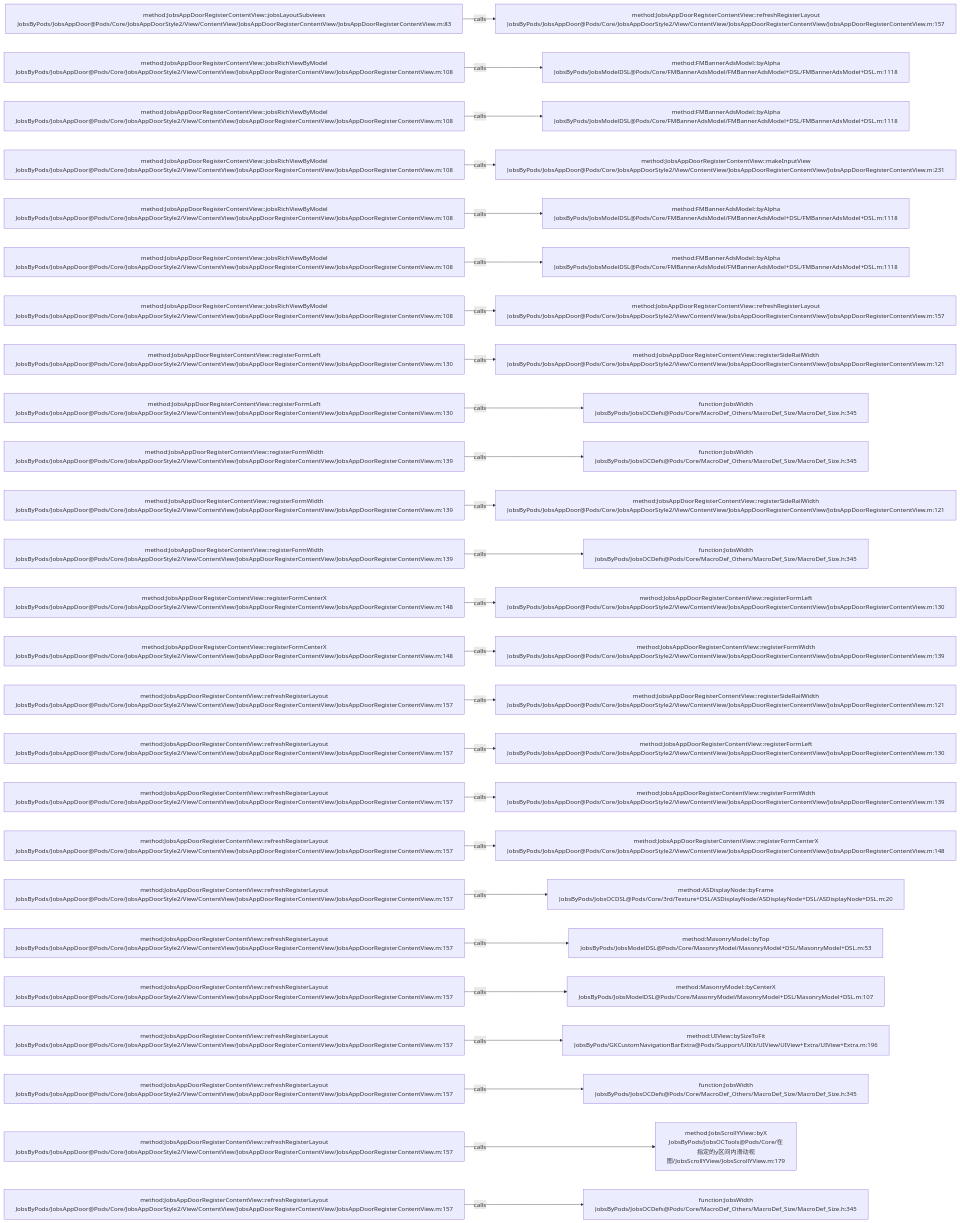
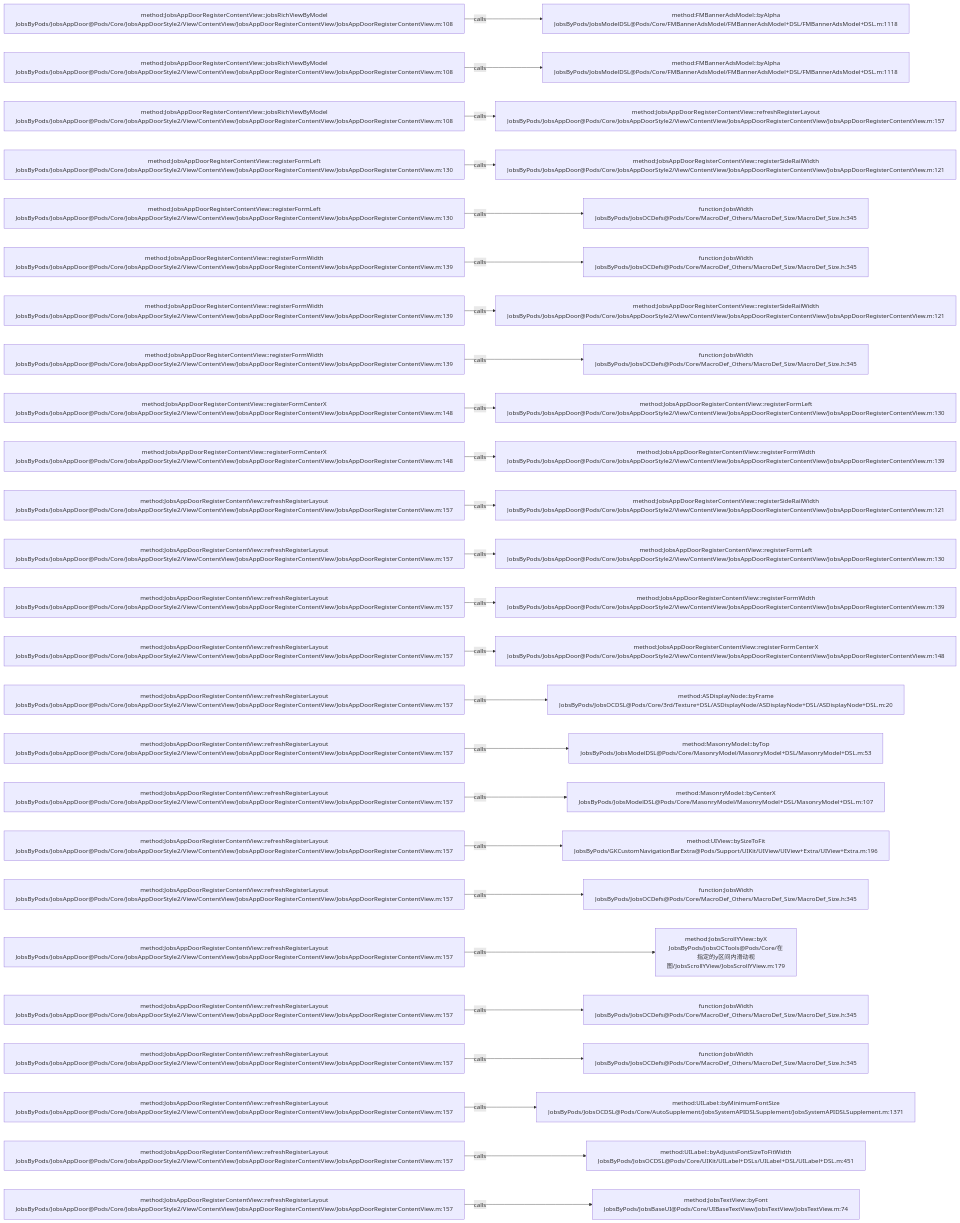
Before and after one commit to JobsKits/JobsOCBaseConfigDemo: the diagram in .codegraph/codegraph.md/graphs/calls-126.md, drawn with Mermaid. The commit also changed 116 other files, not shown here.

````diff
--- a/.codegraph/codegraph.md/graphs/calls-126.md
+++ b/.codegraph/codegraph.md/graphs/calls-126.md
@@ -13,78 +13,78 @@
 ```mermaid
 flowchart LR
-  S1["method:JobsAppDoorRegisterContentView::jobsLayoutSubviews<br/>JobsByPods/JobsAppDoor@Pods/Core/JobsAppDoorStyle2/View/ContentView/JobsAppDoorRegisterContentView/JobsAppDoorRegisterContentView.m:83"]
-  T1["method:JobsAppDoorRegisterContentView::refreshRegisterLayout<br/>JobsByPods/JobsAppDoor@Pods/Core/JobsAppDoorStyle2/View/ContentView/JobsAppDoorRegisterContentView/JobsAppDoorRegisterContentView.m:157"]
+  S1["method:JobsAppDoorRegisterContentView::jobsRichViewByModel<br/>JobsByPods/JobsAppDoor@Pods/Core/JobsAppDoorStyle2/View/ContentView/JobsAppDoorRegisterContentView/JobsAppDoorRegisterContentView.m:108"]
+  T1["method:FMBannerAdsModel::byAlpha<br/>JobsByPods/JobsModelDSL@Pods/Core/FMBannerAdsModel/FMBannerAdsModel+DSL/FMBannerAdsModel+DSL.m:1118"]
   S1 -->|calls| T1
   S2["method:JobsAppDoorRegisterContentView::jobsRichViewByModel<br/>JobsByPods/JobsAppDoor@Pods/Core/JobsAppDoorStyle2/View/ContentView/JobsAppDoorRegisterContentView/JobsAppDoorRegisterContentView.m:108"]
   T2["method:FMBannerAdsModel::byAlpha<br/>JobsByPods/JobsModelDSL@Pods/Core/FMBannerAdsModel/FMBannerAdsModel+DSL/FMBannerAdsModel+DSL.m:1118"]
   S2 -->|calls| T2
   S3["method:JobsAppDoorRegisterContentView::jobsRichViewByModel<br/>JobsByPods/JobsAppDoor@Pods/Core/JobsAppDoorStyle2/View/ContentView/JobsAppDoorRegisterContentView/JobsAppDoorRegisterContentView.m:108"]
-  T3["method:FMBannerAdsModel::byAlpha<br/>JobsByPods/JobsModelDSL@Pods/Core/FMBannerAdsModel/FMBannerAdsModel+DSL/FMBannerAdsModel+DSL.m:1118"]
+  T3["method:JobsAppDoorRegisterContentView::refreshRegisterLayout<br/>JobsByPods/JobsAppDoor@Pods/Core/JobsAppDoorStyle2/View/ContentView/JobsAppDoorRegisterContentView/JobsAppDoorRegisterContentView.m:157"]
   S3 -->|calls| T3
-  S4["method:JobsAppDoorRegisterContentView::jobsRichViewByModel<br/>JobsByPods/JobsAppDoor@Pods/Core/JobsAppDoorStyle2/View/ContentView/JobsAppDoorRegisterContentView/JobsAppDoorRegisterContentView.m:108"]
-  T4["method:JobsAppDoorRegisterContentView::makeInputView<br/>JobsByPods/JobsAppDoor@Pods/Core/JobsAppDoorStyle2/View/ContentView/JobsAppDoorRegisterContentView/JobsAppDoorRegisterContentView.m:231"]
+  S4["method:JobsAppDoorRegisterContentView::registerFormLeft<br/>JobsByPods/JobsAppDoor@Pods/Core/JobsAppDoorStyle2/View/ContentView/JobsAppDoorRegisterContentView/JobsAppDoorRegisterContentView.m:130"]
+  T4["method:JobsAppDoorRegisterContentView::registerSideRailWidth<br/>JobsByPods/JobsAppDoor@Pods/Core/JobsAppDoorStyle2/View/ContentView/JobsAppDoorRegisterContentView/JobsAppDoorRegisterContentView.m:121"]
   S4 -->|calls| T4
-  S5["method:JobsAppDoorRegisterContentView::jobsRichViewByModel<br/>JobsByPods/JobsAppDoor@Pods/Core/JobsAppDoorStyle2/View/ContentView/JobsAppDoorRegisterContentView/JobsAppDoorRegisterContentView.m:108"]
-  T5["method:FMBannerAdsModel::byAlpha<br/>JobsByPods/JobsModelDSL@Pods/Core/FMBannerAdsModel/FMBannerAdsModel+DSL/FMBannerAdsModel+DSL.m:1118"]
+  S5["method:JobsAppDoorRegisterContentView::registerFormLeft<br/>JobsByPods/JobsAppDoor@Pods/Core/JobsAppDoorStyle2/View/ContentView/JobsAppDoorRegisterContentView/JobsAppDoorRegisterContentView.m:130"]
+  T5["function:JobsWidth<br/>JobsByPods/JobsOCDefs@Pods/Core/MacroDef_Others/MacroDef_Size/MacroDef_Size.h:345"]
   S5 -->|calls| T5
-  S6["method:JobsAppDoorRegisterContentView::jobsRichViewByModel<br/>JobsByPods/JobsAppDoor@Pods/Core/JobsAppDoorStyle2/View/ContentView/JobsAppDoorRegisterContentView/JobsAppDoorRegisterContentView.m:108"]
-  T6["method:FMBannerAdsModel::byAlpha<br/>JobsByPods/JobsModelDSL@Pods/Core/FMBannerAdsModel/FMBannerAdsModel+DSL/FMBannerAdsModel+DSL.m:1118"]
+  S6["method:JobsAppDoorRegisterContentView::registerFormWidth<br/>JobsByPods/JobsAppDoor@Pods/Core/JobsAppDoorStyle2/View/ContentView/JobsAppDoorRegisterContentView/JobsAppDoorRegisterContentView.m:139"]
+  T6["function:JobsWidth<br/>JobsByPods/JobsOCDefs@Pods/Core/MacroDef_Others/MacroDef_Size/MacroDef_Size.h:345"]
   S6 -->|calls| T6
-  S7["method:JobsAppDoorRegisterContentView::jobsRichViewByModel<br/>JobsByPods/JobsAppDoor@Pods/Core/JobsAppDoorStyle2/View/ContentView/JobsAppDoorRegisterContentView/JobsAppDoorRegisterContentView.m:108"]
-  T7["method:JobsAppDoorRegisterContentView::refreshRegisterLayout<br/>JobsByPods/JobsAppDoor@Pods/Core/JobsAppDoorStyle2/View/ContentView/JobsAppDoorRegisterContentView/JobsAppDoorRegisterContentView.m:157"]
+  S7["method:JobsAppDoorRegisterContentView::registerFormWidth<br/>JobsByPods/JobsAppDoor@Pods/Core/JobsAppDoorStyle2/View/ContentView/JobsAppDoorRegisterContentView/JobsAppDoorRegisterContentView.m:139"]
+  T7["method:JobsAppDoorRegisterContentView::registerSideRailWidth<br/>JobsByPods/JobsAppDoor@Pods/Core/JobsAppDoorStyle2/View/ContentView/JobsAppDoorRegisterContentView/JobsAppDoorRegisterContentView.m:121"]
   S7 -->|calls| T7
-  S8["method:JobsAppDoorRegisterContentView::registerFormLeft<br/>JobsByPods/JobsAppDoor@Pods/Core/JobsAppDoorStyle2/View/ContentView/JobsAppDoorRegisterContentView/JobsAppDoorRegisterContentView.m:130"]
-  T8["method:JobsAppDoorRegisterContentView::registerSideRailWidth<br/>JobsByPods/JobsAppDoor@Pods/Core/JobsAppDoorStyle2/View/ContentView/JobsAppDoorRegisterContentView/JobsAppDoorRegisterContentView.m:121"]
+  S8["method:JobsAppDoorRegisterContentView::registerFormWidth<br/>JobsByPods/JobsAppDoor@Pods/Core/JobsAppDoorStyle2/View/ContentView/JobsAppDoorRegisterContentView/JobsAppDoorRegisterContentView.m:139"]
+  T8["function:JobsWidth<br/>JobsByPods/JobsOCDefs@Pods/Core/MacroDef_Others/MacroDef_Size/MacroDef_Size.h:345"]
   S8 -->|calls| T8
-  S9["method:JobsAppDoorRegisterContentView::registerFormLeft<br/>JobsByPods/JobsAppDoor@Pods/Core/JobsAppDoorStyle2/View/ContentView/JobsAppDoorRegisterContentView/JobsAppDoorRegisterContentView.m:130"]
-  T9["function:JobsWidth<br/>JobsByPods/JobsOCDefs@Pods/Core/MacroDef_Others/MacroDef_Size/MacroDef_Size.h:345"]
+  S9["method:JobsAppDoorRegisterContentView::registerFormCenterX<br/>JobsByPods/JobsAppDoor@Pods/Core/JobsAppDoorStyle2/View/ContentView/JobsAppDoorRegisterContentView/JobsAppDoorRegisterContentView.m:148"]
+  T9["method:JobsAppDoorRegisterContentView::registerFormLeft<br/>JobsByPods/JobsAppDoor@Pods/Core/JobsAppDoorStyle2/View/ContentView/JobsAppDoorRegisterContentView/JobsAppDoorRegisterContentView.m:130"]
   S9 -->|calls| T9
-  S10["method:JobsAppDoorRegisterContentView::registerFormWidth<br/>JobsByPods/JobsAppDoor@Pods/Core/JobsAppDoorStyle2/View/ContentView/JobsAppDoorRegisterContentView/JobsAppDoorRegisterContentView.m:139"]
-  T10["function:JobsWidth<br/>JobsByPods/JobsOCDefs@Pods/Core/MacroDef_Others/MacroDef_Size/MacroDef_Size.h:345"]
+  S10["method:JobsAppDoorRegisterContentView::registerFormCenterX<br/>JobsByPods/JobsAppDoor@Pods/Core/JobsAppDoorStyle2/View/ContentView/JobsAppDoorRegisterContentView/JobsAppDoorRegisterContentView.m:148"]
+  T10["method:JobsAppDoorRegisterContentView::registerFormWidth<br/>JobsByPods/JobsAppDoor@Pods/Core/JobsAppDoorStyle2/View/ContentView/JobsAppDoorRegisterContentView/JobsAppDoorRegisterContentView.m:139"]
   S10 -->|calls| T10
-  S11["method:JobsAppDoorRegisterContentView::registerFormWidth<br/>JobsByPods/JobsAppDoor@Pods/Core/JobsAppDoorStyle2/View/ContentView/JobsAppDoorRegisterContentView/JobsAppDoorRegisterContentView.m:139"]
+  S11["method:JobsAppDoorRegisterContentView::refreshRegisterLayout<br/>JobsByPods/JobsAppDoor@Pods/Core/JobsAppDoorStyle2/View/ContentView/JobsAppDoorRegisterContentView/JobsAppDoorRegisterContentView.m:157"]
   T11["method:JobsAppDoorRegisterContentView::registerSideRailWidth<br/>JobsByPods/JobsAppDoor@Pods/Core/JobsAppDoorStyle2/View/ContentView/JobsAppDoorRegisterContentView/JobsAppDoorRegisterContentView.m:121"]
   S11 -->|calls| T11
-  S12["method:JobsAppDoorRegisterContentView::registerFormWidth<br/>JobsByPods/JobsAppDoor@Pods/Core/JobsAppDoorStyle2/View/ContentView/JobsAppDoorRegisterContentView/JobsAppDoorRegisterContentView.m:139"]
-  T12["function:JobsWidth<br/>JobsByPods/JobsOCDefs@Pods/Core/MacroDef_Others/MacroDef_Size/MacroDef_Size.h:345"]
+  S12["method:JobsAppDoorRegisterContentView::refreshRegisterLayout<br/>JobsByPods/JobsAppDoor@Pods/Core/JobsAppDoorStyle2/View/ContentView/JobsAppDoorRegisterContentView/JobsAppDoorRegisterContentView.m:157"]
+  T12["method:JobsAppDoorRegisterContentView::registerFormLeft<br/>JobsByPods/JobsAppDoor@Pods/Core/JobsAppDoorStyle2/View/ContentView/JobsAppDoorRegisterContentView/JobsAppDoorRegisterContentView.m:130"]
   S12 -->|calls| T12
-  S13["method:JobsAppDoorRegisterContentView::registerFormCenterX<br/>JobsByPods/JobsAppDoor@Pods/Core/JobsAppDoorStyle2/View/ContentView/JobsAppDoorRegisterContentView/JobsAppDoorRegisterContentView.m:148"]
-  T13["method:JobsAppDoorRegisterContentView::registerFormLeft<br/>JobsByPods/JobsAppDoor@Pods/Core/JobsAppDoorStyle2/View/ContentView/JobsAppDoorRegisterContentView/JobsAppDoorRegisterContentView.m:130"]
+  S13["method:JobsAppDoorRegisterContentView::refreshRegisterLayout<br/>JobsByPods/JobsAppDoor@Pods/Core/JobsAppDoorStyle2/View/ContentView/JobsAppDoorRegisterContentView/JobsAppDoorRegisterContentView.m:157"]
+  T13["method:JobsAppDoorRegisterContentView::registerFormWidth<br/>JobsByPods/JobsAppDoor@Pods/Core/JobsAppDoorStyle2/View/ContentView/JobsAppDoorRegisterContentView/JobsAppDoorRegisterContentView.m:139"]
   S13 -->|calls| T13
-  S14["method:JobsAppDoorRegisterContentView::registerFormCenterX<br/>JobsByPods/JobsAppDoor@Pods/Core/JobsAppDoorStyle2/View/ContentView/JobsAppDoorRegisterContentView/JobsAppDoorRegisterContentView.m:148"]
-  T14["method:JobsAppDoorRegisterContentView::registerFormWidth<br/>JobsByPods/JobsAppDoor@Pods/Core/JobsAppDoorStyle2/View/ContentView/JobsAppDoorRegisterContentView/JobsAppDoorRegisterContentView.m:139"]
+  S14["method:JobsAppDoorRegisterContentView::refreshRegisterLayout<br/>JobsByPods/JobsAppDoor@Pods/Core/JobsAppDoorStyle2/View/ContentView/JobsAppDoorRegisterContentView/JobsAppDoorRegisterContentView.m:157"]
+  T14["method:JobsAppDoorRegisterContentView::registerFormCenterX<br/>JobsByPods/JobsAppDoor@Pods/Core/JobsAppDoorStyle2/View/ContentView/JobsAppDoorRegisterContentView/JobsAppDoorRegisterContentView.m:148"]
   S14 -->|calls| T14
   S15["method:JobsAppDoorRegisterContentView::refreshRegisterLayout<br/>JobsByPods/JobsAppDoor@Pods/Core/JobsAppDoorStyle2/View/ContentView/JobsAppDoorRegisterContentView/JobsAppDoorRegisterContentView.m:157"]
-  T15["method:JobsAppDoorRegisterContentView::registerSideRailWidth<br/>JobsByPods/JobsAppDoor@Pods/Core/JobsAppDoorStyle2/View/ContentView/JobsAppDoorRegisterContentView/JobsAppDoorRegisterContentView.m:121"]
+  T15["method:ASDisplayNode::byFrame<br/>JobsByPods/JobsOCDSL@Pods/Core/3rd/Texture+DSL/ASDisplayNode/ASDisplayNode+DSL/ASDisplayNode+DSL.m:20"]
   S15 -->|calls| T15
   S16["method:JobsAppDoorRegisterContentView::refreshRegisterLayout<br/>JobsByPods/JobsAppDoor@Pods/Core/JobsAppDoorStyle2/View/ContentView/JobsAppDoorRegisterContentView/JobsAppDoorRegisterContentView.m:157"]
-  T16["method:JobsAppDoorRegisterContentView::registerFormLeft<br/>JobsByPods/JobsAppDoor@Pods/Core/JobsAppDoorStyle2/View/ContentView/JobsAppDoorRegisterContentView/JobsAppDoorRegisterContentView.m:130"]
+  T16["method:MasonryModel::byTop<br/>JobsByPods/JobsModelDSL@Pods/Core/MasonryModel/MasonryModel+DSL/MasonryModel+DSL.m:53"]
   S16 -->|calls| T16
   S17["method:JobsAppDoorRegisterContentView::refreshRegisterLayout<br/>JobsByPods/JobsAppDoor@Pods/Core/JobsAppDoorStyle2/View/ContentView/JobsAppDoorRegisterContentView/JobsAppDoorRegisterContentView.m:157"]
-  T17["method:JobsAppDoorRegisterContentView::registerFormWidth<br/>JobsByPods/JobsAppDoor@Pods/Core/JobsAppDoorStyle2/View/ContentView/JobsAppDoorRegisterContentView/JobsAppDoorRegisterContentView.m:139"]
+  T17["method:MasonryModel::byCenterX<br/>JobsByPods/JobsModelDSL@Pods/Core/MasonryModel/MasonryModel+DSL/MasonryModel+DSL.m:107"]
   S17 -->|calls| T17
   S18["method:JobsAppDoorRegisterContentView::refreshRegisterLayout<br/>JobsByPods/JobsAppDoor@Pods/Core/JobsAppDoorStyle2/View/ContentView/JobsAppDoorRegisterContentView/JobsAppDoorRegisterContentView.m:157"]
-  T18["method:JobsAppDoorRegisterContentView::registerFormCenterX<br/>JobsByPods/JobsAppDoor@Pods/Core/JobsAppDoorStyle2/View/ContentView/JobsAppDoorRegisterContentView/JobsAppDoorRegisterContentView.m:148"]
+  T18["method:UIView::bySizeToFit<br/>JobsByPods/GKCustomNavigationBarExtra@Pods/Support/UIKit/UIView/UIView+Extra/UIView+Extra.m:196"]
   S18 -->|calls| T18
   S19["method:JobsAppDoorRegisterContentView::refreshRegisterLayout<br/>JobsByPods/JobsAppDoor@Pods/Core/JobsAppDoorStyle2/View/ContentView/JobsAppDoorRegisterContentView/JobsAppDoorRegisterContentView.m:157"]
-  T19["method:ASDisplayNode::byFrame<br/>JobsByPods/JobsOCDSL@Pods/Core/3rd/Texture+DSL/ASDisplayNode/ASDisplayNode+DSL/ASDisplayNode+DSL.m:20"]
+  T19["function:JobsWidth<br/>JobsByPods/JobsOCDefs@Pods/Core/MacroDef_Others/MacroDef_Size/MacroDef_Size.h:345"]
   S19 -->|calls| T19
   S20["method:JobsAppDoorRegisterContentView::refreshRegisterLayout<br/>JobsByPods/JobsAppDoor@Pods/Core/JobsAppDoorStyle2/View/ContentView/JobsAppDoorRegisterContentView/JobsAppDoorRegisterContentView.m:157"]
-  T20["method:MasonryModel::byTop<br/>JobsByPods/JobsModelDSL@Pods/Core/MasonryModel/MasonryModel+DSL/MasonryModel+DSL.m:53"]
+  T20["method:JobsScrollYView::byX<br/>JobsByPods/JobsOCTools@Pods/Core/在指定的y区间内滑动视图/JobsScrollYView/JobsScrollYView.m:179"]
   S20 -->|calls| T20
   S21["method:JobsAppDoorRegisterContentView::refreshRegisterLayout<br/>JobsByPods/JobsAppDoor@Pods/Core/JobsAppDoorStyle2/View/ContentView/JobsAppDoorRegisterContentView/JobsAppDoorRegisterContentView.m:157"]
-  T21["method:MasonryModel::byCenterX<br/>JobsByPods/JobsModelDSL@Pods/Core/MasonryModel/MasonryModel+DSL/MasonryModel+DSL.m:107"]
+  T21["function:JobsWidth<br/>JobsByPods/JobsOCDefs@Pods/Core/MacroDef_Others/MacroDef_Size/MacroDef_Size.h:345"]
   S21 -->|calls| T21
   S22["method:JobsAppDoorRegisterContentView::refreshRegisterLayout<br/>JobsByPods/JobsAppDoor@Pods/Core/JobsAppDoorStyle2/View/ContentView/JobsAppDoorRegisterContentView/JobsAppDoorRegisterContentView.m:157"]
-  T22["method:UIView::bySizeToFit<br/>JobsByPods/GKCustomNavigationBarExtra@Pods/Support/UIKit/UIView/UIView+Extra/UIView+Extra.m:196"]
+  T22["function:JobsWidth<br/>JobsByPods/JobsOCDefs@Pods/Core/MacroDef_Others/MacroDef_Size/MacroDef_Size.h:345"]
   S22 -->|calls| T22
   S23["method:JobsAppDoorRegisterContentView::refreshRegisterLayout<br/>JobsByPods/JobsAppDoor@Pods/Core/JobsAppDoorStyle2/View/ContentView/JobsAppDoorRegisterContentView/JobsAppDoorRegisterContentView.m:157"]
-  T23["function:JobsWidth<br/>JobsByPods/JobsOCDefs@Pods/Core/MacroDef_Others/MacroDef_Size/MacroDef_Size.h:345"]
+  T23["method:UILabel::byMinimumFontSize<br/>JobsByPods/JobsOCDSL@Pods/Core/AutoSupplement/JobsSystemAPIDSLSupplement/JobsSystemAPIDSLSupplement.m:1371"]
   S23 -->|calls| T23
   S24["method:JobsAppDoorRegisterContentView::refreshRegisterLayout<br/>JobsByPods/JobsAppDoor@Pods/Core/JobsAppDoorStyle2/View/ContentView/JobsAppDoorRegisterContentView/JobsAppDoorRegisterContentView.m:157"]
-  T24["method:JobsScrollYView::byX<br/>JobsByPods/JobsOCTools@Pods/Core/在指定的y区间内滑动视图/JobsScrollYView/JobsScrollYView.m:179"]
+  T24["method:UILabel::byAdjustsFontSizeToFitWidth<br/>JobsByPods/JobsOCDSL@Pods/Core/UIKit/UILabel+DSLs/UILabel+DSL/UILabel+DSL.m:451"]
   S24 -->|calls| T24
   S25["method:JobsAppDoorRegisterContentView::refreshRegisterLayout<br/>JobsByPods/JobsAppDoor@Pods/Core/JobsAppDoorStyle2/View/ContentView/JobsAppDoorRegisterContentView/JobsAppDoorRegisterContentView.m:157"]
-  T25["function:JobsWidth<br/>JobsByPods/JobsOCDefs@Pods/Core/MacroDef_Others/MacroDef_Size/MacroDef_Size.h:345"]
+  T25["method:JobsTextView::byFont<br/>JobsByPods/JobsBaseUI@Pods/Core/UIBaseTextView/JobsTextView/JobsTextView.m:74"]
   S25 -->|calls| T25
 ```
````
